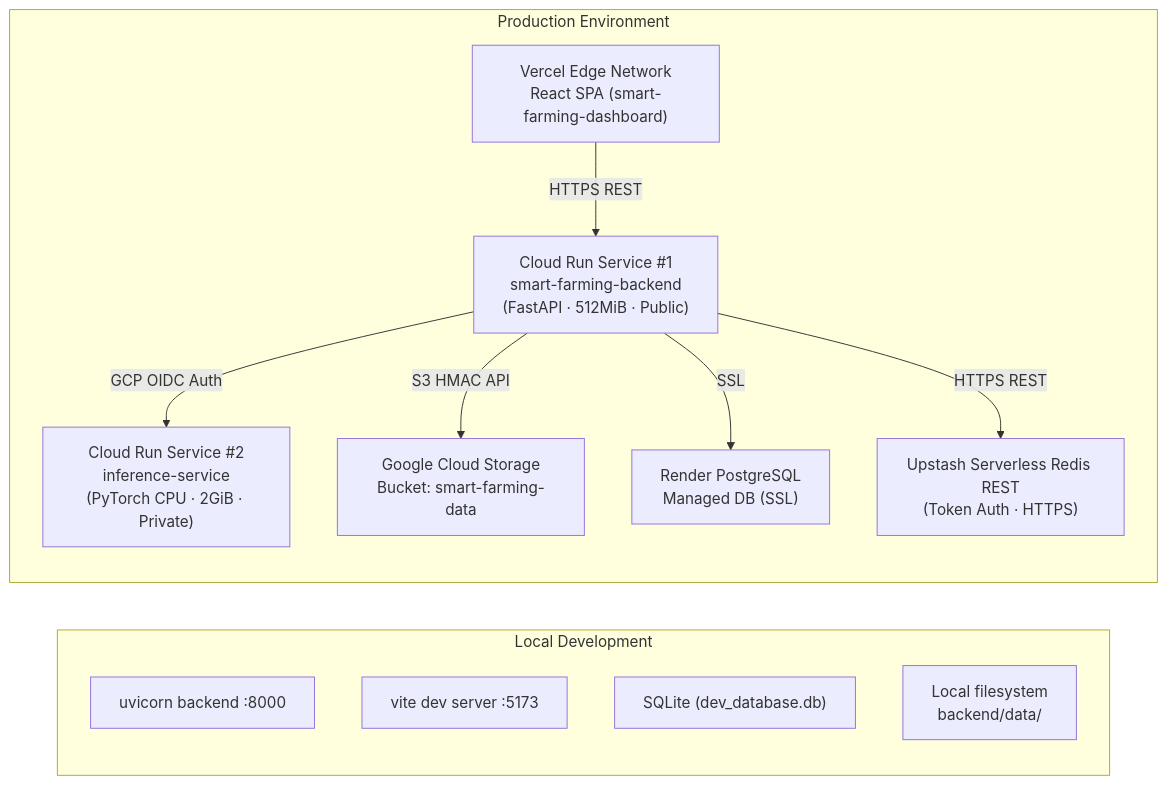
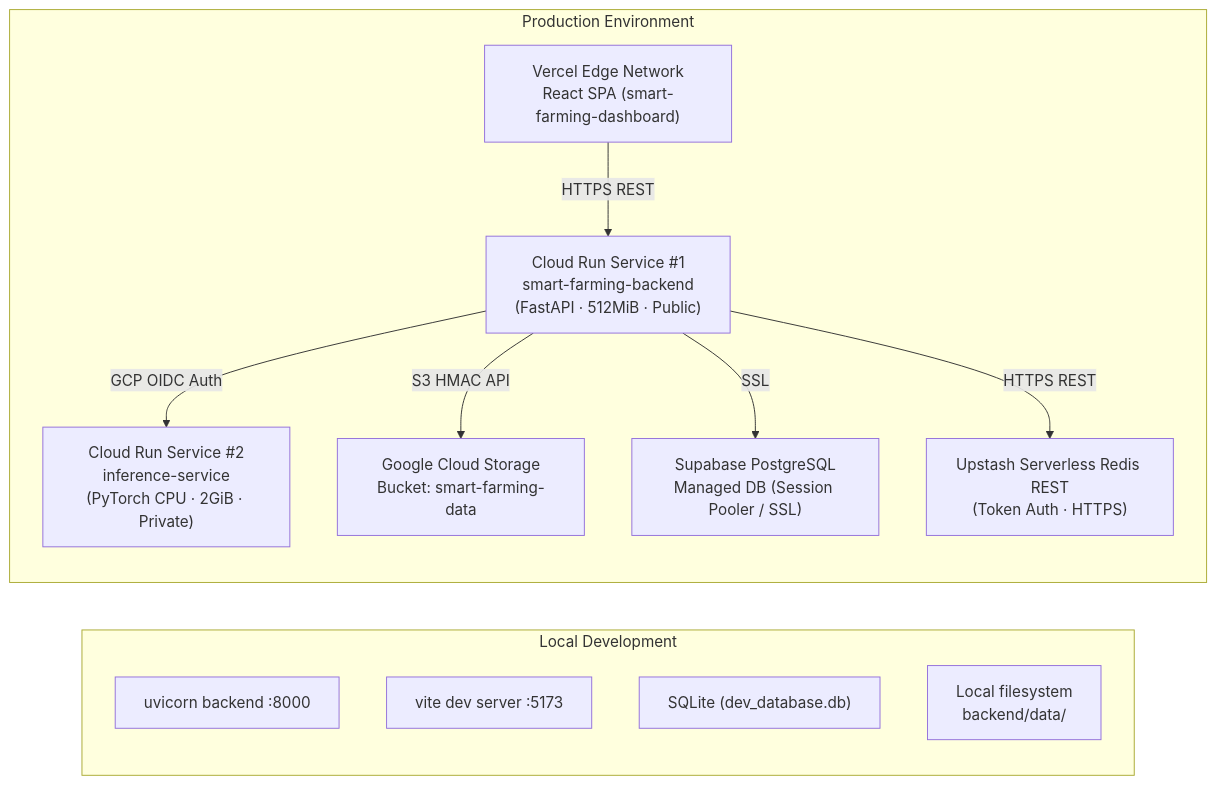
One commit to manthan2876/Smart-Farming changed diagram 11 of 11 in Docs/Architecture.md. Above: the diagram before and after it, drawn with Mermaid. The commit also changed other lines of this file and 7 other files, not shown here.

Commit message:
feat(db): migrate PostgreSQL database from Render to Supabase

````diff
--- a/Docs/Architecture.md
+++ b/Docs/Architecture.md
@@ -735,24 +735,24 @@
 ```mermaid
 flowchart LR
     subgraph DEV["Local Development"]
         UVICORN["uvicorn backend :8000"]
         VITE["vite dev server :5173"]
         SQLITE["SQLite (dev_database.db)"]
         LOCAL_S["Local filesystem\nbackend/data/"]
     end
 
     subgraph PROD["Production Environment"]
         VERCEL["Vercel Edge Network\nReact SPA (smart-farming-dashboard)"]
         CR_BACKEND["Cloud Run Service #1\nsmart-farming-backend\n(FastAPI · 512MiB · Public)"]
         CR_INFER["Cloud Run Service #2\ninference-service\n(PyTorch CPU · 2GiB · Private)"]
         GCS_STORE["Google Cloud Storage\nBucket: smart-farming-data"]
-        RENDER_PG["Render PostgreSQL\nManaged DB (SSL)"]
+        SUPABASE_PG["Supabase PostgreSQL\nManaged DB (Session Pooler / SSL)"]
         UPSTASH_REDIS["Upstash Serverless Redis REST\n(Token Auth · HTTPS)"]
     end
 
     VERCEL -->|HTTPS REST| CR_BACKEND
     CR_BACKEND -->|GCP OIDC Auth| CR_INFER
     CR_BACKEND -->|S3 HMAC API| GCS_STORE
-    CR_BACKEND -->|SSL| RENDER_PG
+    CR_BACKEND -->|SSL| SUPABASE_PG
     CR_BACKEND -->|HTTPS REST| UPSTASH_REDIS
 ```
````
